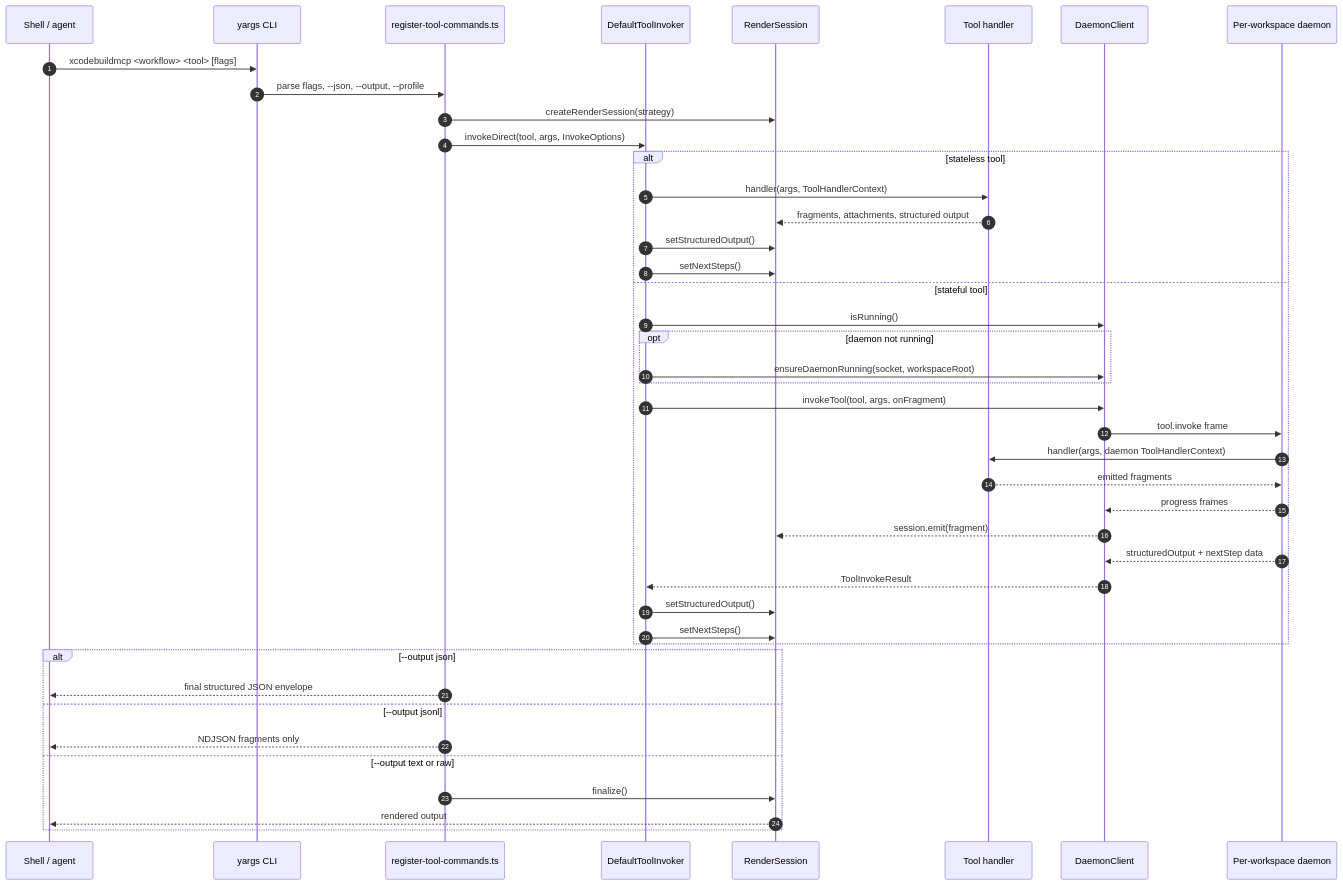
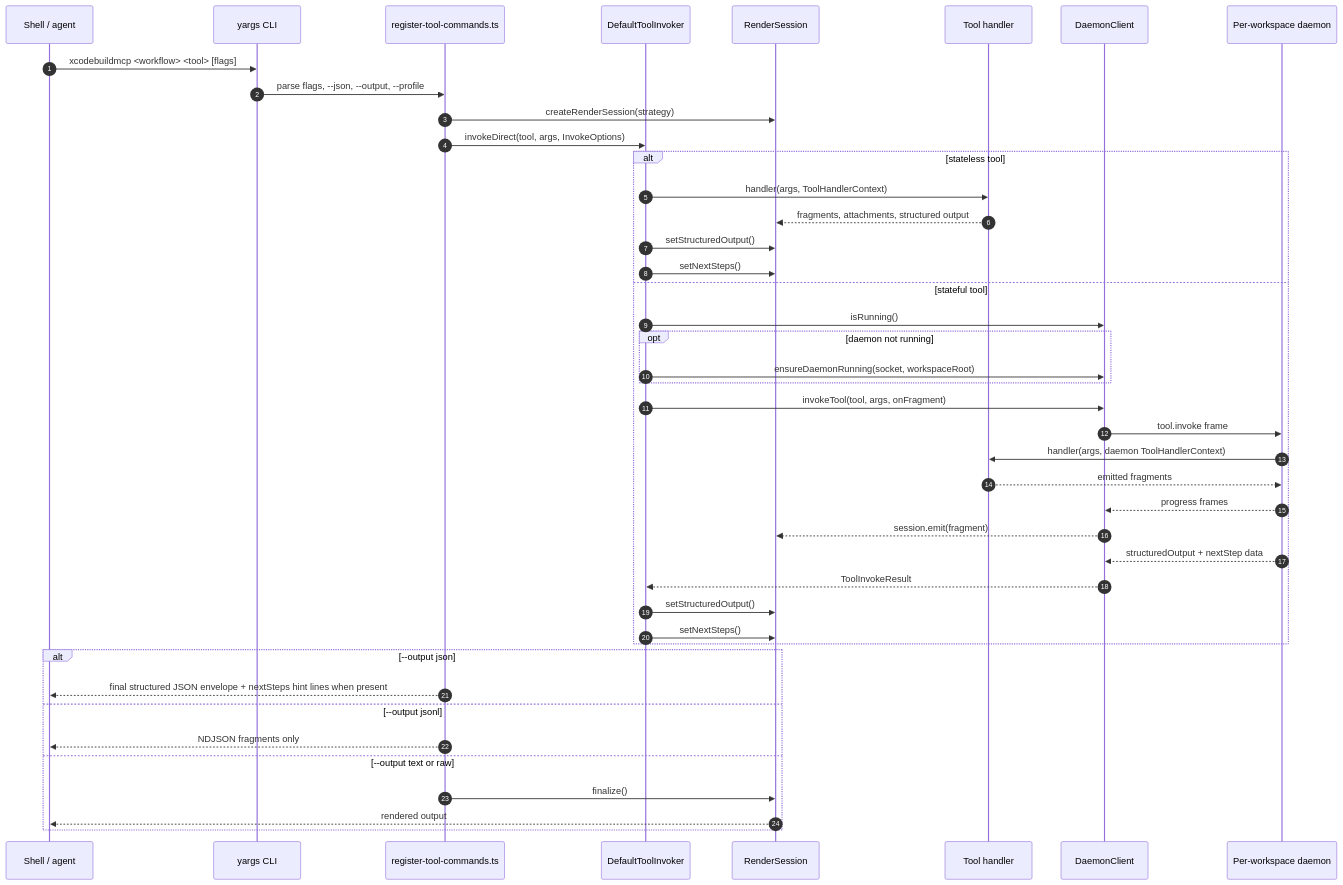
One commit to getsentry/xcodebuildmcp.com changed the second of 2 diagrams in app/docs/_content/architecture-runtime-boundaries.mdx. Above: the diagram before and after it, drawn with Mermaid. The commit also changed other lines of this file and 14 other files, not shown here.

First line of the commit message:
docs: Document UI automation architecture (#16)

````diff
--- a/app/docs/_content/architecture-runtime-boundaries.mdx
+++ b/app/docs/_content/architecture-runtime-boundaries.mdx
@@ -79,48 +79,48 @@
 ```mermaid
 sequenceDiagram
     autonumber
     participant User as Shell / agent
     participant CLI as yargs CLI
     participant Commands as register-tool-commands.ts
     participant Invoker as DefaultToolInvoker
     participant Session as RenderSession
     participant Handler as Tool handler
     participant DaemonClient as DaemonClient
     participant Daemon as Per-workspace daemon
 
     User->>CLI: xcodebuildmcp <workflow> <tool> [flags]
     CLI->>Commands: parse flags, --json, --output, --profile
     Commands->>Session: createRenderSession(strategy)
     Commands->>Invoker: invokeDirect(tool, args, InvokeOptions)
 
     alt stateless tool
         Invoker->>Handler: handler(args, ToolHandlerContext)
         Handler-->>Session: fragments, attachments, structured output
         Invoker->>Session: setStructuredOutput()
         Invoker->>Session: setNextSteps()
     else stateful tool
         Invoker->>DaemonClient: isRunning()
         opt daemon not running
             Invoker->>DaemonClient: ensureDaemonRunning(socket, workspaceRoot)
         end
         Invoker->>DaemonClient: invokeTool(tool, args, onFragment)
         DaemonClient->>Daemon: tool.invoke frame
         Daemon->>Handler: handler(args, daemon ToolHandlerContext)
         Handler-->>Daemon: emitted fragments
         Daemon-->>DaemonClient: progress frames
         DaemonClient-->>Session: session.emit(fragment)
         Daemon-->>DaemonClient: structuredOutput + nextStep data
         DaemonClient-->>Invoker: ToolInvokeResult
         Invoker->>Session: setStructuredOutput()
         Invoker->>Session: setNextSteps()
     end
 
     alt --output json
-        Commands-->>User: final structured JSON envelope
+        Commands-->>User: final structured JSON envelope + nextSteps hint lines when present
     else --output jsonl
         Commands-->>User: NDJSON fragments only
     else --output text or raw
         Commands->>Session: finalize()
         Session-->>User: rendered output
     end
 ```
````
